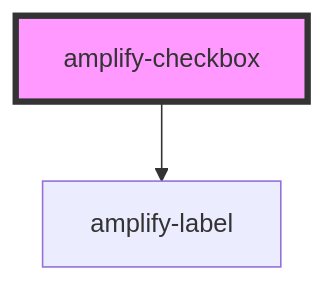
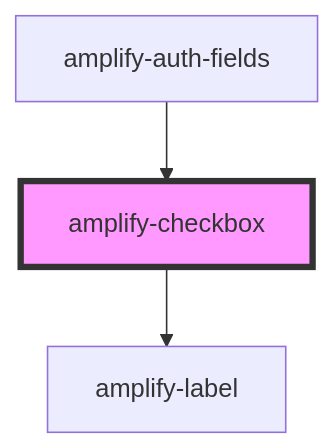
Before and after one commit to aws-amplify/amplify-js: the diagram in packages/amplify-ui-components/src/components/amplify-checkbox/readme.md, drawn with Mermaid. The commit also changed other lines of this file and 10 other files, not shown here.

````diff
--- a/packages/amplify-ui-components/src/components/amplify-checkbox/readme.md
+++ b/packages/amplify-ui-components/src/components/amplify-checkbox/readme.md
@@ -27,5 +39,6 @@
 ```mermaid
 graph TD;
   amplify-checkbox --> amplify-label
+  amplify-auth-fields --> amplify-checkbox
   style amplify-checkbox fill:#f9f,stroke:#333,stroke-width:4px
 ```
````
